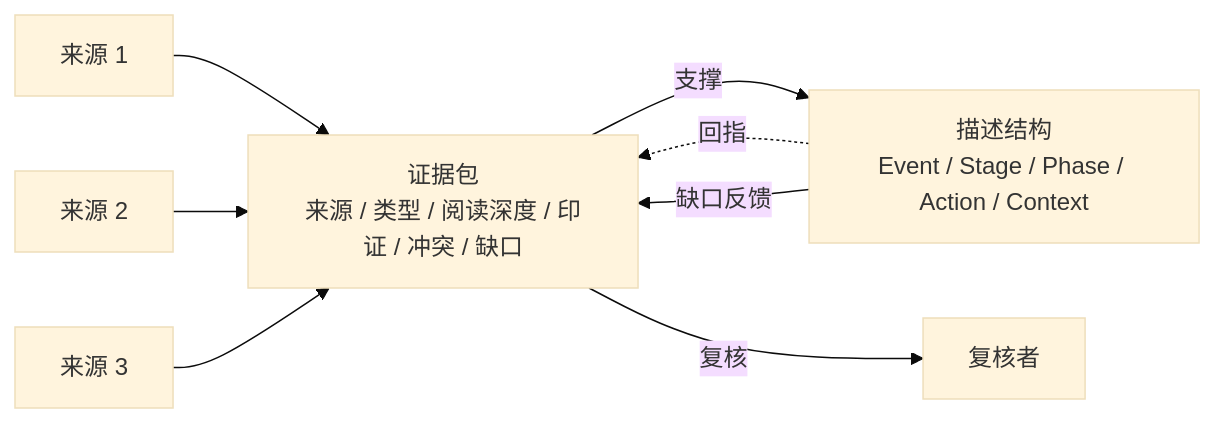
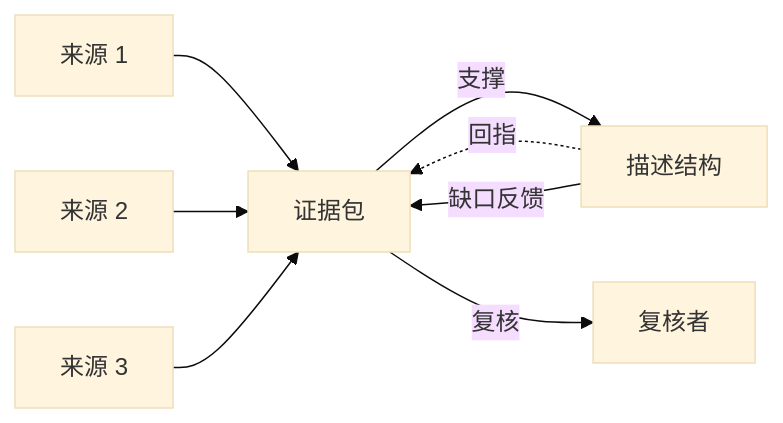
One commit to AgenticFinLab/FinMycelium changed the first of 5 diagrams in docs/structures/4-evidence.md. Above: the diagram before and after it, drawn with Mermaid (base theme). The commit also changed other lines of this file and 8 other files, not shown here.

First line of the commit message:
docs: fix Mermaid render errors and simplify framework diagrams

````diff
--- a/docs/structures/4-evidence.md
+++ b/docs/structures/4-evidence.md
@@ -48,10 +48,10 @@
 ```mermaid
 flowchart LR
-    S1["来源 1"] --> EP["证据包<br/>来源 / 类型 / 阅读深度 / 印证 / 冲突 / 缺口"]
+    S1["来源 1"] --> EP["证据包"]
     S2["来源 2"] --> EP
     S3["来源 3"] --> EP
-    EP -->|支撑| D["描述结构<br/>Event / Stage / Phase / Action / Context"]
+    EP -->|支撑| D["描述结构"]
     D -.->|回指| EP
     EP -->|复核| R["复核者"]
     D -->|缺口反馈| EP
 ```
````
